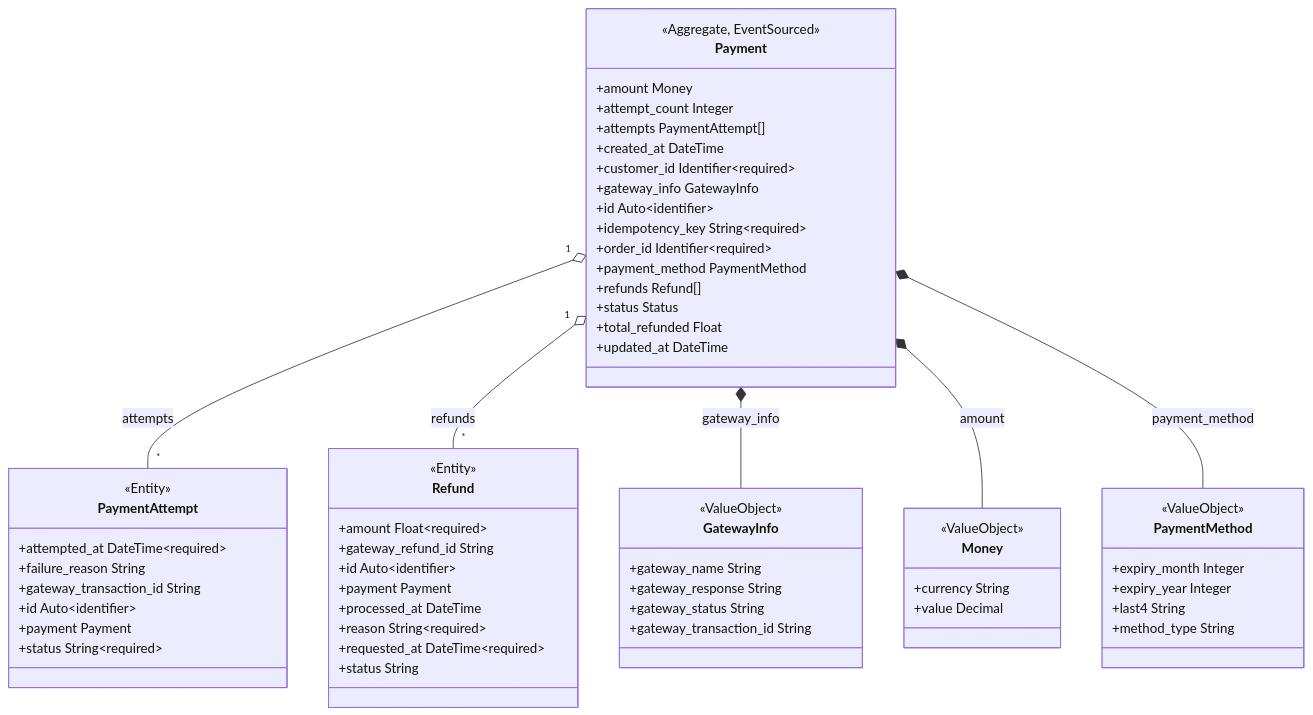
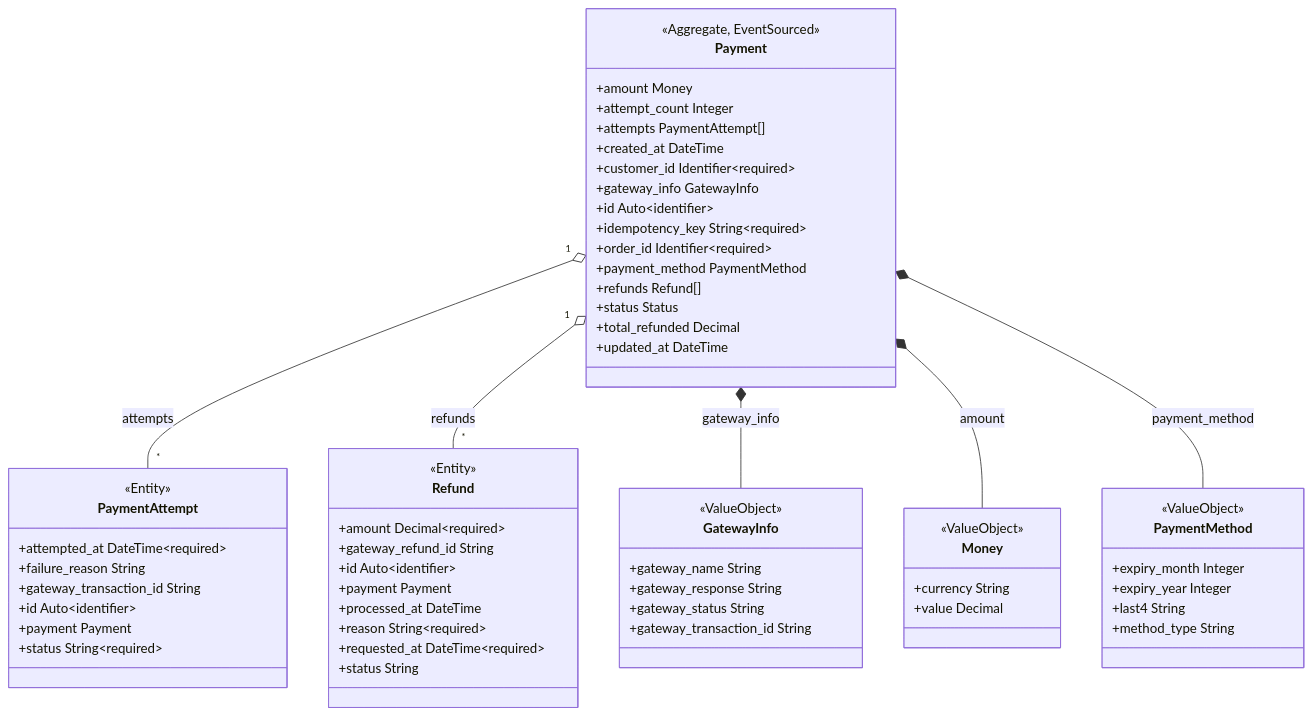
One commit to proteanhq/shopstream changed the second of 2 diagrams in docs/payments/clusters.md. Above: the diagram before and after it, drawn with Mermaid. The commit also changed other lines of this file and 290 other files, not shown here.

First line of the commit message:
Move event money fields from Float to Decimal (#124)

````diff
--- a/docs/payments/clusters.md
+++ b/docs/payments/clusters.md
@@ -35,64 +35,64 @@
 ```mermaid
 classDiagram
     class payments_payment_payment_Payment["Payment"] {
         <<Aggregate, EventSourced>>
         +amount Money
         +attempt_count Integer
         +attempts PaymentAttempt[]
         +created_at DateTime
         +customer_id Identifier~required~
         +gateway_info GatewayInfo
         +id Auto~identifier~
         +idempotency_key String~required~
         +order_id Identifier~required~
         +payment_method PaymentMethod
         +refunds Refund[]
         +status Status
-        +total_refunded Float
+        +total_refunded Decimal
         +updated_at DateTime
     }
     class payments_payment_payment_PaymentAttempt["PaymentAttempt"] {
         <<Entity>>
         +attempted_at DateTime~required~
         +failure_reason String
         +gateway_transaction_id String
         +id Auto~identifier~
         +payment Payment
         +status String~required~
     }
     payments_payment_payment_Payment "1" o-- "*" payments_payment_payment_PaymentAttempt : attempts
     class payments_payment_payment_Refund["Refund"] {
         <<Entity>>
-        +amount Float~required~
+        +amount Decimal~required~
         +gateway_refund_id String
         +id Auto~identifier~
         +payment Payment
         +processed_at DateTime
         +reason String~required~
         +requested_at DateTime~required~
         +status String
     }
     payments_payment_payment_Payment "1" o-- "*" payments_payment_payment_Refund : refunds
     class payments_payment_payment_GatewayInfo["GatewayInfo"] {
         <<ValueObject>>
         +gateway_name String
         +gateway_response String
         +gateway_status String
         +gateway_transaction_id String
     }
     payments_payment_payment_Payment *-- payments_payment_payment_GatewayInfo : gateway_info
     class payments_payment_payment_Money["Money"] {
         <<ValueObject>>
         +currency String
         +value Decimal
     }
     payments_payment_payment_Payment *-- payments_payment_payment_Money : amount
     class payments_payment_payment_PaymentMethod["PaymentMethod"] {
         <<ValueObject>>
         +expiry_month Integer
         +expiry_year Integer
         +last4 String
         +method_type String
     }
     payments_payment_payment_Payment *-- payments_payment_payment_PaymentMethod : payment_method
 ```
````
